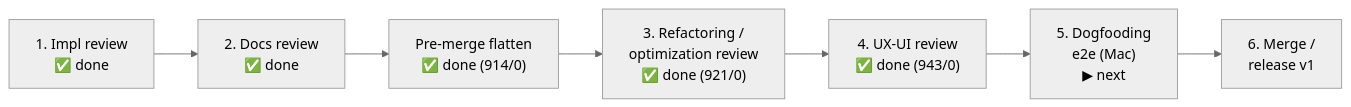
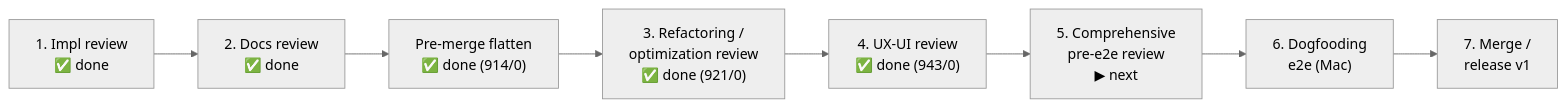
The diagram in docs/maintainers/roadmap.md (alergyonthestage/claude-orchestrator), drawn with Mermaid (neutral theme) before and after one commit. The commit also changed other lines of this file and 1 other file, not shown here.

First line of the commit message:
docs(roadmap): add comprehensive pre-e2e review (step 5) + its launcher

````diff
--- a/docs/maintainers/roadmap.md
+++ b/docs/maintainers/roadmap.md
@@ -43,9 +45,10 @@
 ```mermaid
 flowchart LR
   A["1. Impl review<br/>✅ done"] --> B["2. Docs review<br/>✅ done"]
   B --> X["Pre-merge flatten<br/>✅ done (914/0)"]
   X --> C["3. Refactoring /<br/>optimization review<br/>✅ done (921/0)"]
   C --> D["4. UX-UI review<br/>✅ done (943/0)"]
-  D --> E["5. Dogfooding<br/>e2e (Mac)<br/>▶ next"]
-  E --> F["6. Merge /<br/>release v1"]
+  D --> R["5. Comprehensive<br/>pre-e2e review<br/>▶ next"]
+  R --> E["6. Dogfooding<br/>e2e (Mac)"]
+  E --> F["7. Merge /<br/>release v1"]
 ```
````
